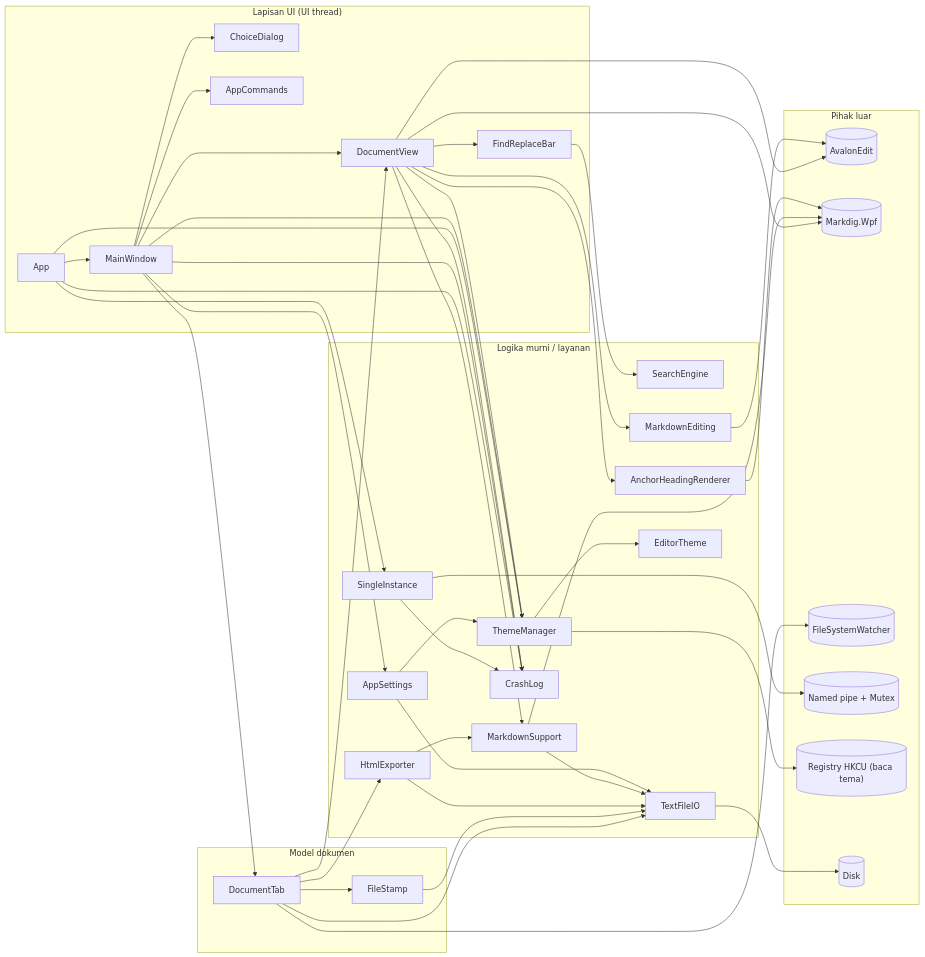
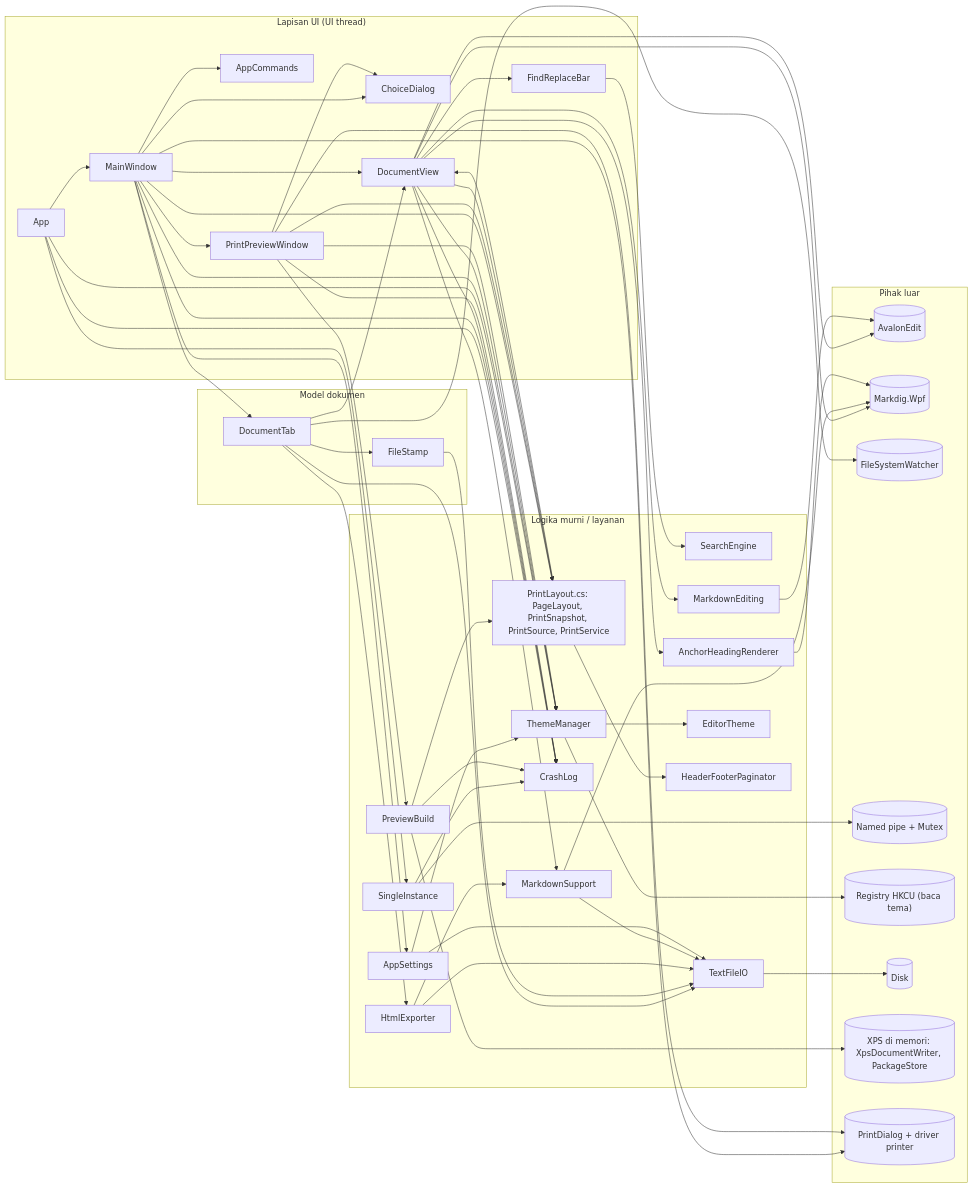
One commit to hoaaah/Makdon changed the first of 14 diagrams in docs/ARCHITECTURE.md. Above: the diagram before and after it, drawn with Mermaid. The commit also changed other lines of this file and 28 other files, not shown here.

````diff
--- a/docs/ARCHITECTURE.md
+++ b/docs/ARCHITECTURE.md
@@ -58,6 +64,7 @@
         DV["DocumentView"]
         FB["FindReplaceBar"]
         Cmd["AppCommands"]
+        PPW["PrintPreviewWindow"]
     end
 
     subgraph Model["Model dokumen"]
@@ -77,6 +84,9 @@
         ET["EditorTheme"]
         CL["CrashLog"]
         SI["SingleInstance"]
+        PL["PrintLayout.cs: PageLayout, PrintSnapshot, PrintSource, PrintService"]
+        HF["HeaderFooterPaginator"]
+        PB["PreviewBuild"]
     end
 
     subgraph Ext["Pihak luar"]
@@ -86,6 +96,8 @@
         PIPE[("Named pipe + Mutex")]
         REG[("Registry HKCU (baca tema)")]
         DISK[("Disk")]
+        XPS[("XPS di memori: XpsDocumentWriter, PackageStore")]
+        PD[("PrintDialog + driver printer")]
     end
 
     App --> SI
@@ -127,4 +139,19 @@
     TM --> ET
     TM --> REG
     IO --> DISK
+    MW --> PPW
+    MW --> PL
+    MW --> PD
+    PPW --> PB
+    PPW --> PL
+    PPW --> CD
+    PPW --> TM
+    PPW --> CL
+    PPW --> PD
+    PB --> PL
+    PB --> XPS
+    PB --> CL
+    PL --> HF
+    PL --> DV
+    DV --> PL
 ```
````
